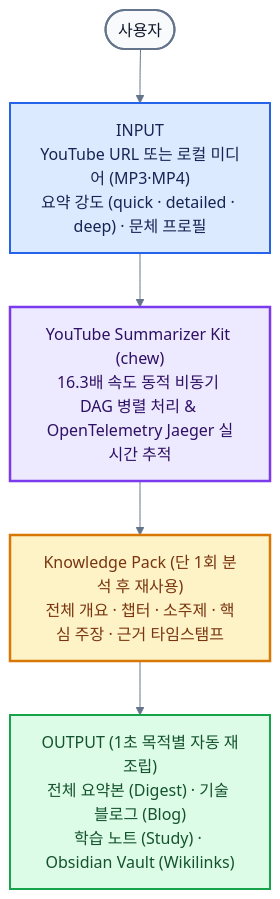
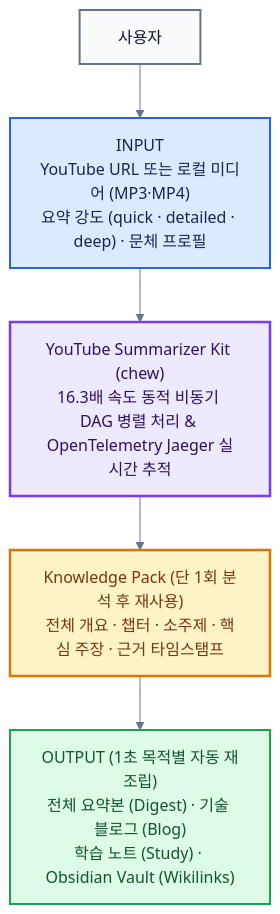
One commit to SHcommit/youtube-summerizer-kit changed the diagram in assets/architecture/ko/user-flow.mmd. Above: the diagram before and after it, drawn with Mermaid. The commit also changed 2 other files, not shown here.

Commit message:
fix(assets): fix text truncation on 사용자 node in ko user-flow diagram and re-render PNG images

```diff
--- a/assets/architecture/ko/user-flow.mmd
+++ b/assets/architecture/ko/user-flow.mmd
@@ -1,20 +1,20 @@
-%%{init: {"theme":"base","themeVariables":{"fontFamily":"Arial, Apple SD Gothic Neo, Noto Sans KR, sans-serif","primaryTextColor":"#172554","lineColor":"#64748b"},"flowchart":{"curve":"basis","nodeSpacing":44,"rankSpacing":54}}}%%
+%%{init: {"theme":"base","themeVariables":{"fontFamily":"Apple SD Gothic Neo, Noto Sans KR, Malgun Gothic, sans-serif","primaryTextColor":"#172554","lineColor":"#64748b"},"flowchart":{"curve":"basis","nodeSpacing":44,"rankSpacing":54,"htmlLabels":true}}}%%
 flowchart TB
-    USER([사용자])
+    USER["&nbsp;&nbsp;사용자&nbsp;&nbsp;"]
     INPUT["INPUT<br/>YouTube URL 또는 로컬 미디어 (MP3·MP4)<br/>요약 강도 (quick · detailed · deep) · 문체 프로필"]
     KIT["YouTube Summarizer Kit (chew)<br/>16.3배 속도 동적 비동기 DAG 병렬 처리 & OpenTelemetry Jaeger 실시간 추적"]
     PACK["Knowledge Pack (단 1회 분석 후 재사용)<br/>전체 개요 · 챕터 · 소주제 · 핵심 주장 · 근거 타임스탬프"]
     OUTPUT["OUTPUT (1초 목적별 자동 재조립)<br/>전체 요약본 (Digest) · 기술 블로그 (Blog)<br/>학습 노트 (Study) · Obsidian Vault (Wikilinks)"]
 
     USER --> INPUT --> KIT --> PACK --> OUTPUT
 
     classDef actor fill:#f8fafc,stroke:#64748b,stroke-width:2px,color:#0f172a;
     classDef input fill:#dbeafe,stroke:#2563eb,stroke-width:2px,color:#172554;
     classDef core fill:#ede9fe,stroke:#7c3aed,stroke-width:2.5px,color:#2e1065;
     classDef knowledge fill:#fef3c7,stroke:#d97706,stroke-width:2.5px,color:#78350f;
     classDef output fill:#dcfce7,stroke:#16a34a,stroke-width:2px,color:#14532d;
     class USER actor;
     class INPUT input;
     class KIT core;
     class PACK knowledge;
     class OUTPUT output;
```
